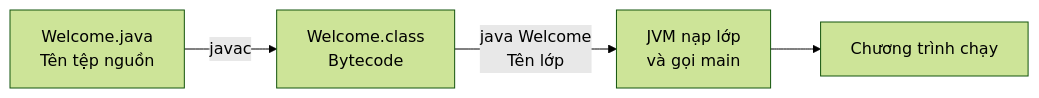
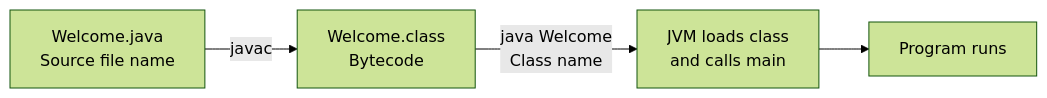
Before and after one commit to phuongnguyenit93/learning-platform-data: the first of 2 diagrams in module/platform/development/programming/language/java/core/language-basics/content/knowledge/en/2.tools-and-execution/tools-and-execution-003.md, drawn with Mermaid (forest theme). The commit also changed other lines of this file and 2307 other files, not shown here.

```diff
--- a/module/platform/development/programming/language/java/core/language-basics/content/knowledge/en/2.tools-and-execution/tools-and-execution-003.md
+++ b/module/platform/development/programming/language/java/core/language-basics/content/knowledge/en/2.tools-and-execution/tools-and-execution-003.md
@@ -7,6 +7,6 @@
 ~~~mermaid
 flowchart LR
-    A["Welcome.java<br/>Tên tệp nguồn"] -->|"javac"| B["Welcome.class<br/>Bytecode"]
-    B -->|"java Welcome<br/>Tên lớp"| C["JVM nạp lớp<br/>và gọi main"]
-    C --> D["Chương trình chạy"]
+    A["Welcome.java<br/>Source file name"] -->|"javac"| B["Welcome.class<br/>Bytecode"]
+    B -->|"java Welcome<br/>Class name"| C["JVM loads class<br/>and calls main"]
+    C --> D["Program runs"]
 ~~~
```
